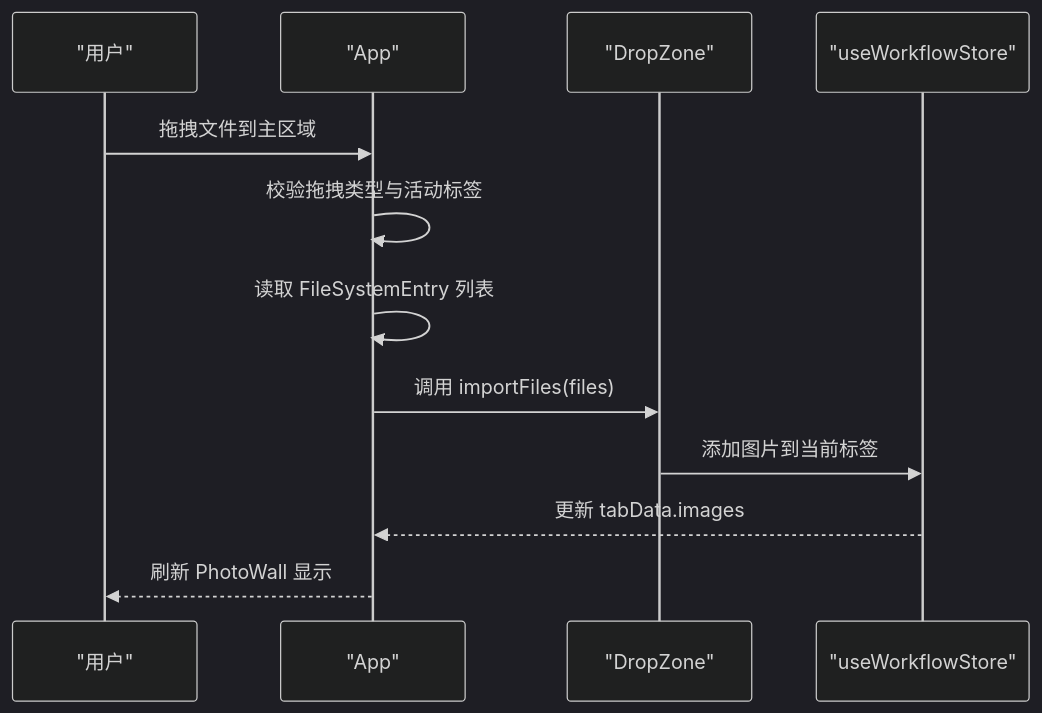
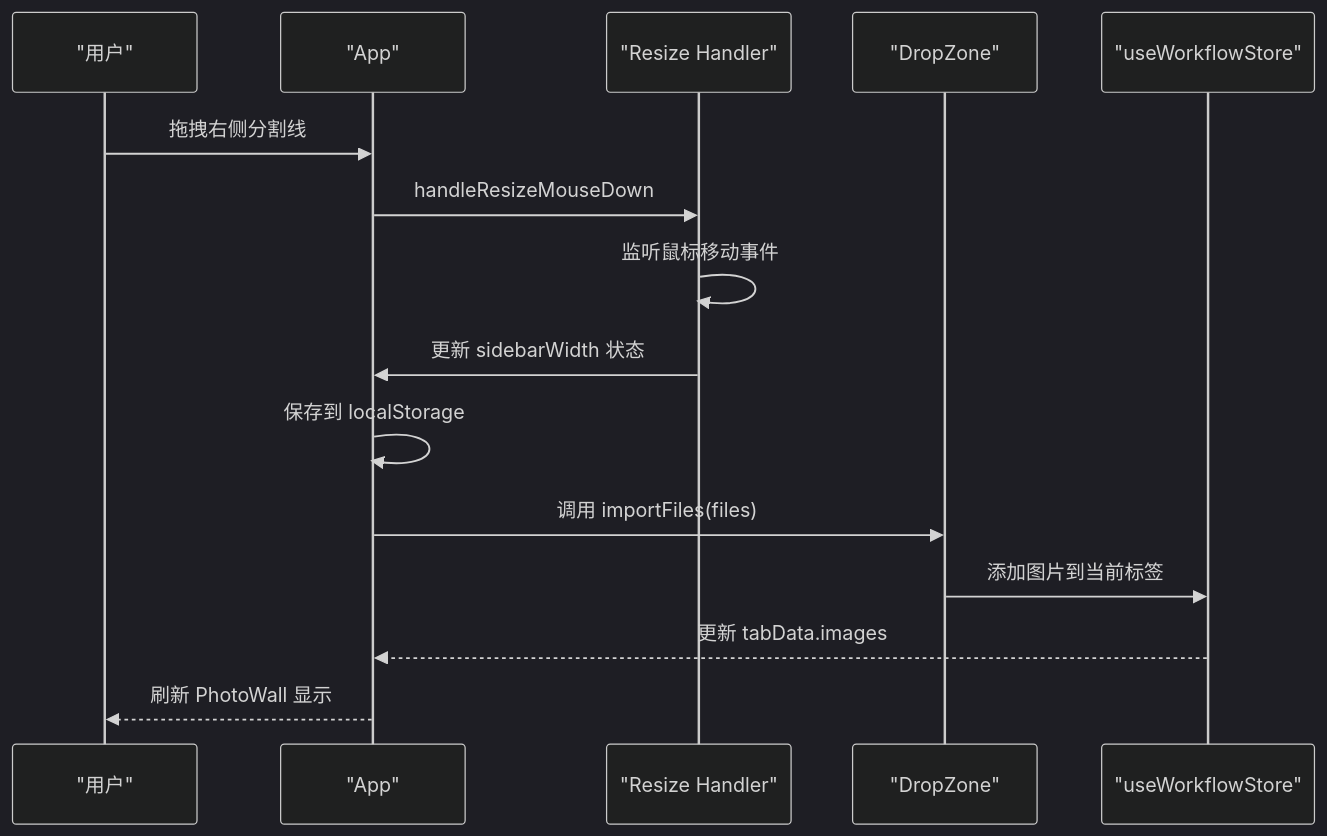
Before and after one commit to billye220670/CorineKit_Pix2Real: the third of 10 diagrams in .qoder/repowiki/zh/content/前端应用/React 组件体系.md, drawn with Mermaid (dark theme). The commit also changed other lines of this file and 10 other files, not shown here.

Commit message:
feat: LoRA触发词右键上下文菜单与未使用检测 - 新增PromptContextMenu多层级右键菜单组件 - 移除侧边栏LoRA触发词文本显示，改为未使用时黄色警告图标 - 提示词输入框右键弹出菜单，支持插入LoRA触发词和标签分类数据 - Text2ImgSidebar和ZITSidebar同步更新

````diff
--- a/.qoder/repowiki/zh/content/前端应用/React 组件体系.md
+++ b/.qoder/repowiki/zh/content/前端应用/React 组件体系.md
@@ -214,14 +226,17 @@
 ```mermaid
 sequenceDiagram
 participant U as "用户"
 participant APP as "App"
+participant RESIZE as "Resize Handler"
 participant DZ as "DropZone"
 participant WFS as "useWorkflowStore"
-U->>APP : 拖拽文件到主区域
-APP->>APP : 校验拖拽类型与活动标签
-APP->>APP : 读取 FileSystemEntry 列表
+U->>APP : 拖拽右侧分割线
+APP->>RESIZE : handleResizeMouseDown
+RESIZE->>RESIZE : 监听鼠标移动事件
+RESIZE->>APP : 更新 sidebarWidth 状态
+APP->>APP : 保存到 localStorage
 APP->>DZ : 调用 importFiles(files)
 DZ->>WFS : 添加图片到当前标签
 WFS-->>APP : 更新 tabData.images
 APP-->>U : 刷新 PhotoWall 显示
 ```
````
